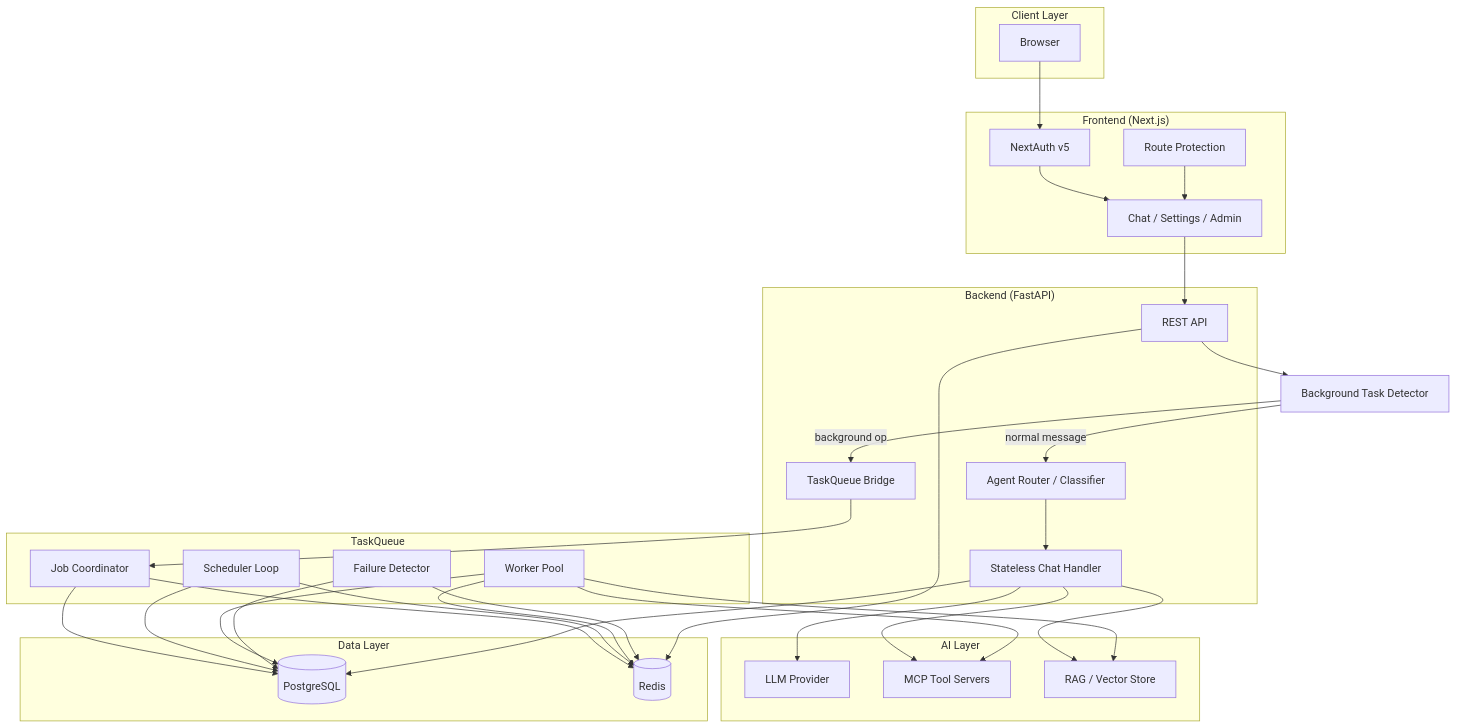
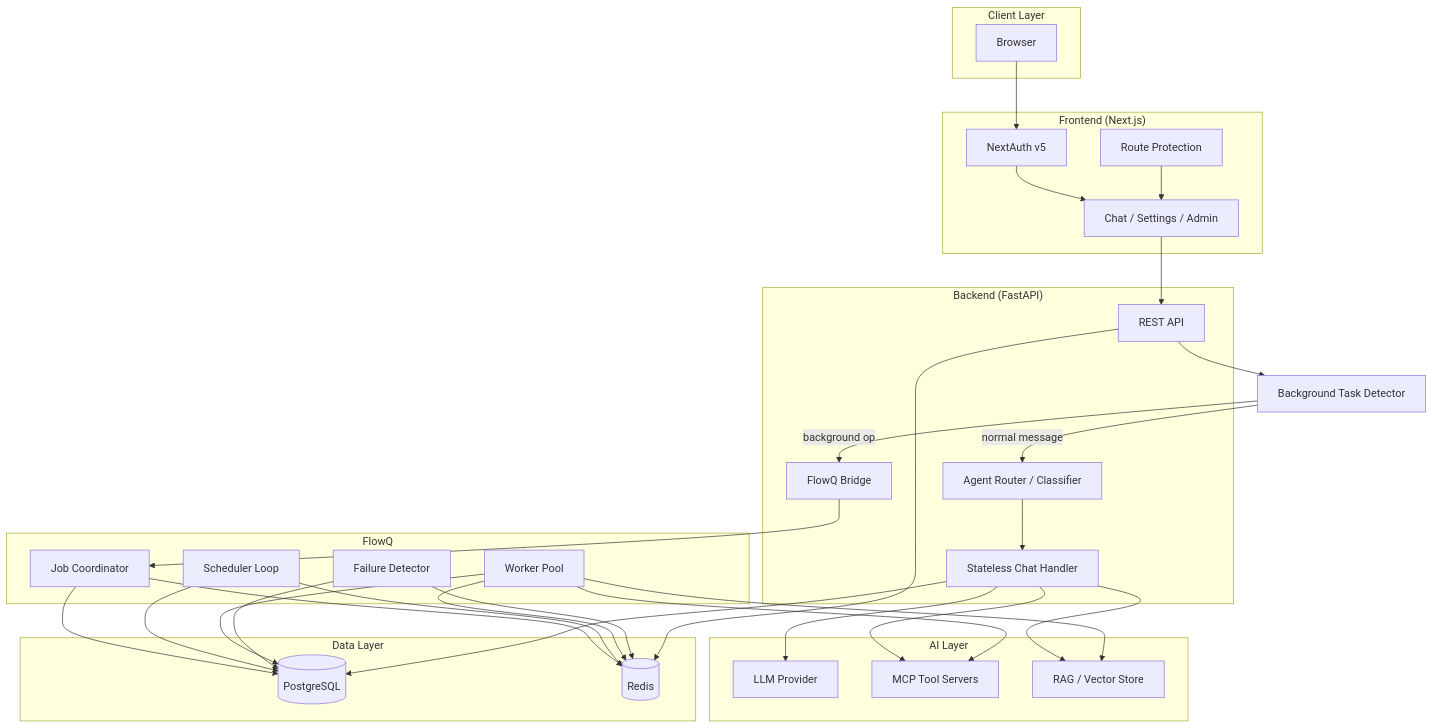
One commit to Garvit-Mehra/Mosaic changed the first of 6 diagrams in DESIGN.md. Above: the diagram before and after it, drawn with Mermaid. The commit also changed other lines of this file and 94 other files, not shown here.

Commit message:
refactor: rename TaskQueue to FlowQ throughout codebase

````diff
--- a/DESIGN.md
+++ b/DESIGN.md
@@ -18,65 +18,65 @@
 ```mermaid
 graph TB
     subgraph "Client Layer"
         Browser[Browser]
     end
 
     subgraph "Frontend (Next.js)"
         NextAuth[NextAuth v5]
         Pages[Chat / Settings / Admin]
         Middleware[Route Protection]
     end
 
     subgraph "Backend (FastAPI)"
         API[REST API]
         AgentRouter[Agent Router / Classifier]
         Handler[Stateless Chat Handler]
-        JobBridge[TaskQueue Bridge]
+        JobBridge[FlowQ Bridge]
     end
 
     subgraph "AI Layer"
         LLM[LLM Provider]
         MCP[MCP Tool Servers]
         RAG[RAG / Vector Store]
     end
 
-    subgraph "TaskQueue"
+    subgraph "FlowQ"
         Coordinator[Job Coordinator]
         Scheduler[Scheduler Loop]
         Workers[Worker Pool]
         FailureDetector[Failure Detector]
     end
 
     subgraph "Data Layer"
         PG[(PostgreSQL)]
         Redis[(Redis)]
     end
 
     Browser --> NextAuth
     NextAuth --> Pages
     Pages --> API
     Middleware --> Pages
 
     API --> BGCheck[Background Task Detector]
     BGCheck -->|"background op"| JobBridge
     BGCheck -->|"normal message"| AgentRouter
     AgentRouter --> Handler
     Handler --> LLM
     Handler --> MCP
     Handler --> RAG
 
     JobBridge --> Coordinator
     Coordinator --> Redis
     Coordinator --> PG
     Scheduler --> Redis
     Scheduler --> PG
     Workers --> Redis
     Workers --> PG
     Workers --> RAG
     Workers --> MCP
     FailureDetector --> Redis
     FailureDetector --> PG
 
     Handler --> PG
     API --> Redis
 ```
````
